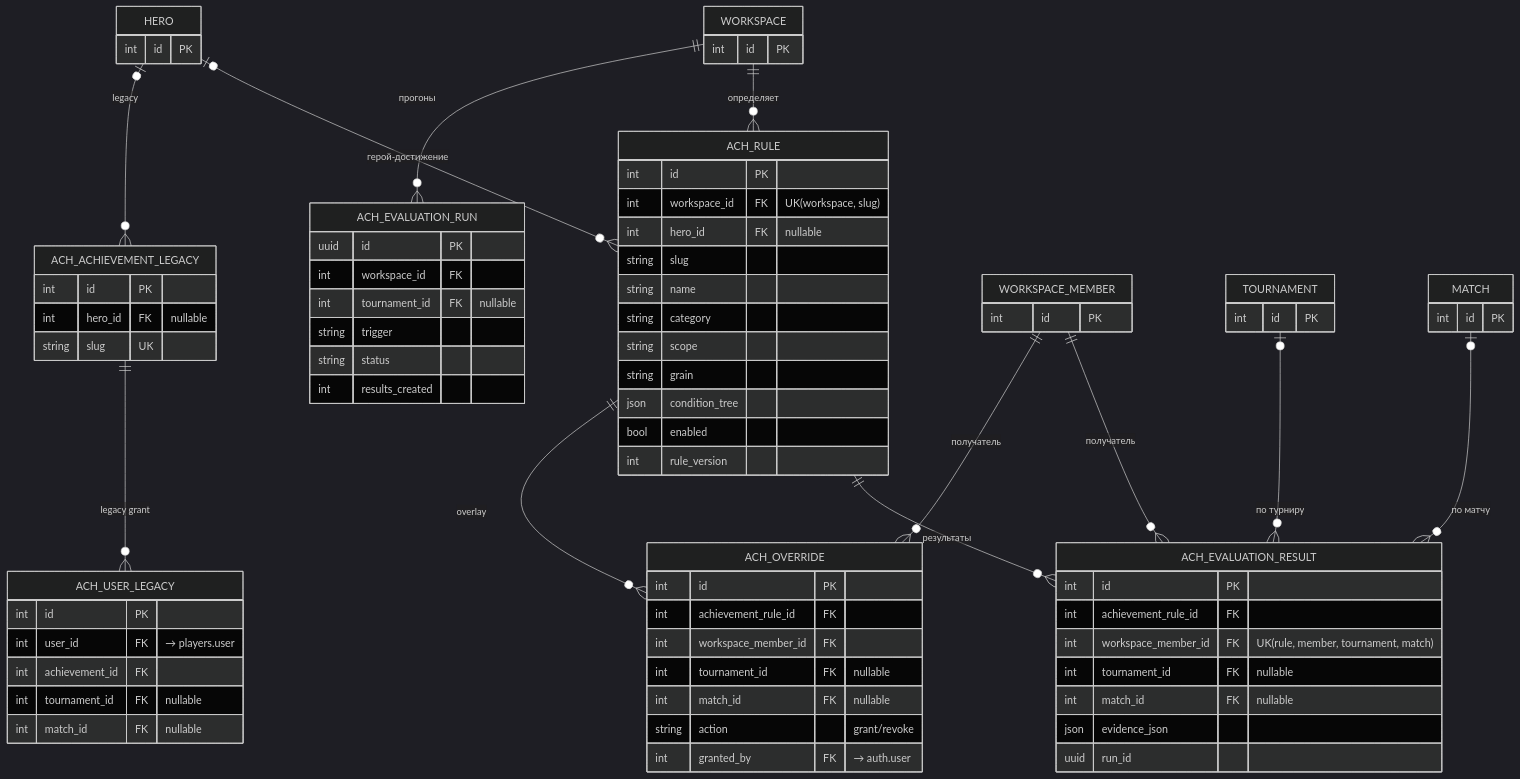
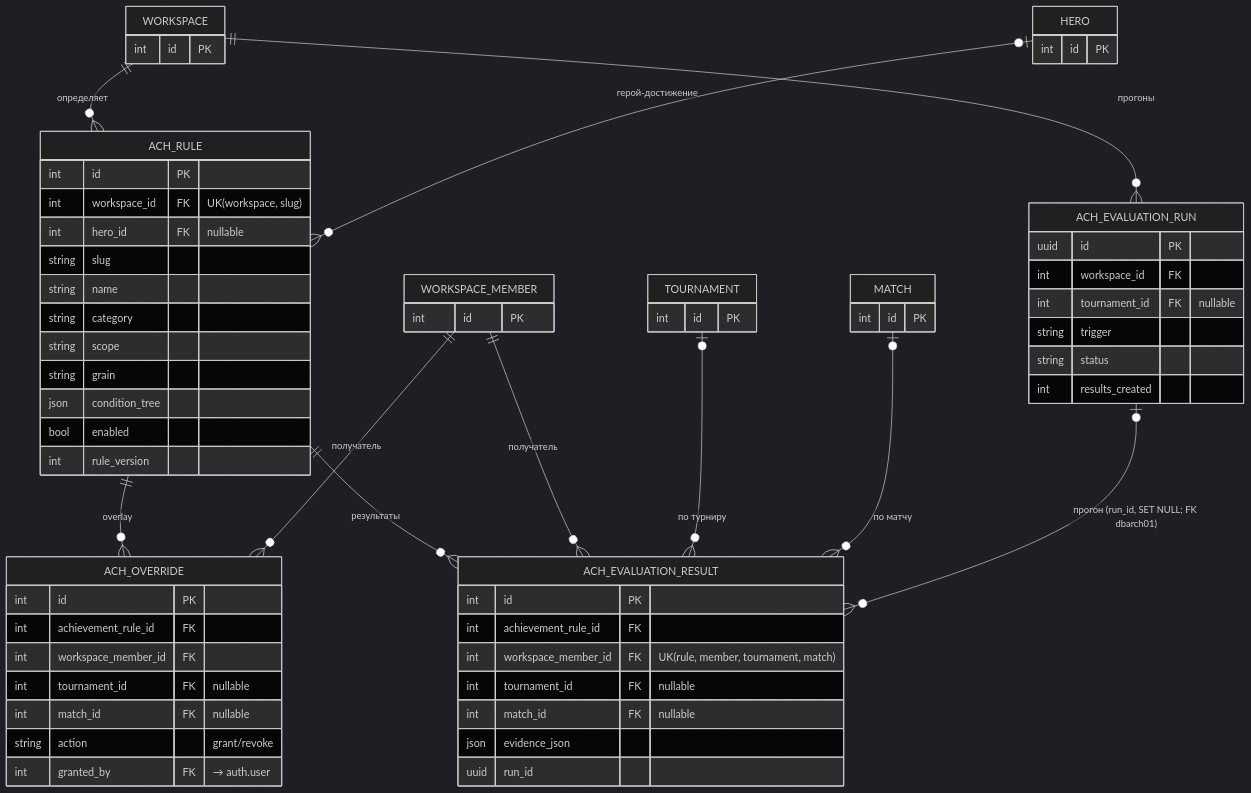
Diagram 11 of 13 in docs/database_erd.md (CraazzzyyFoxx/overwatch-tournaments), drawn with Mermaid (dark theme) before and after one commit. The commit also changed other lines of this file and 1 other file, not shown here.

First line of the commit message:
docs(erd): update DB schema ERD to final state (dbarch06)

````diff
--- a/docs/database_erd.md
+++ b/docs/database_erd.md
@@ -993,81 +1053,68 @@
 ```mermaid
 erDiagram
     ACH_RULE {
         int id PK
         int workspace_id FK "UK(workspace, slug)"
         int hero_id FK "nullable"
         string slug
         string name
         string category
         string scope
         string grain
         json condition_tree
         bool enabled
         int rule_version
     }
     ACH_EVALUATION_RESULT {
         int id PK
         int achievement_rule_id FK
         int workspace_member_id FK "UK(rule, member, tournament, match)"
         int tournament_id FK "nullable"
         int match_id FK "nullable"
         json evidence_json
         uuid run_id
     }
     ACH_OVERRIDE {
         int id PK
         int achievement_rule_id FK
         int workspace_member_id FK
         int tournament_id FK "nullable"
         int match_id FK "nullable"
         string action "grant/revoke"
         int granted_by FK "→ auth.user"
     }
     ACH_EVALUATION_RUN {
         uuid id PK
         int workspace_id FK
         int tournament_id FK "nullable"
         string trigger
         string status
         int results_created
     }
-    ACH_ACHIEVEMENT_LEGACY {
-        int id PK
-        int hero_id FK "nullable"
-        string slug UK
-    }
-    ACH_USER_LEGACY {
-        int id PK
-        int user_id FK "→ players.user"
-        int achievement_id FK
-        int tournament_id FK "nullable"
-        int match_id FK "nullable"
-    }
     WORKSPACE {
         int id PK
     }
     WORKSPACE_MEMBER {
         int id PK
     }
     TOURNAMENT {
         int id PK
     }
     MATCH {
         int id PK
     }
     HERO {
         int id PK
     }
 
     WORKSPACE ||--o{ ACH_RULE : "определяет"
     HERO |o--o{ ACH_RULE : "герой-достижение"
     ACH_RULE ||--o{ ACH_EVALUATION_RESULT : "результаты"
     WORKSPACE_MEMBER ||--o{ ACH_EVALUATION_RESULT : "получатель"
     TOURNAMENT |o--o{ ACH_EVALUATION_RESULT : "по турниру"
     MATCH |o--o{ ACH_EVALUATION_RESULT : "по матчу"
     ACH_RULE ||--o{ ACH_OVERRIDE : "overlay"
     WORKSPACE_MEMBER ||--o{ ACH_OVERRIDE : "получатель"
     WORKSPACE ||--o{ ACH_EVALUATION_RUN : "прогоны"
-    HERO |o--o{ ACH_ACHIEVEMENT_LEGACY : "legacy"
-    ACH_ACHIEVEMENT_LEGACY ||--o{ ACH_USER_LEGACY : "legacy grant"
+    ACH_EVALUATION_RUN |o--o{ ACH_EVALUATION_RESULT : "прогон (run_id, SET NULL; FK dbarch01)"
 ```
````
